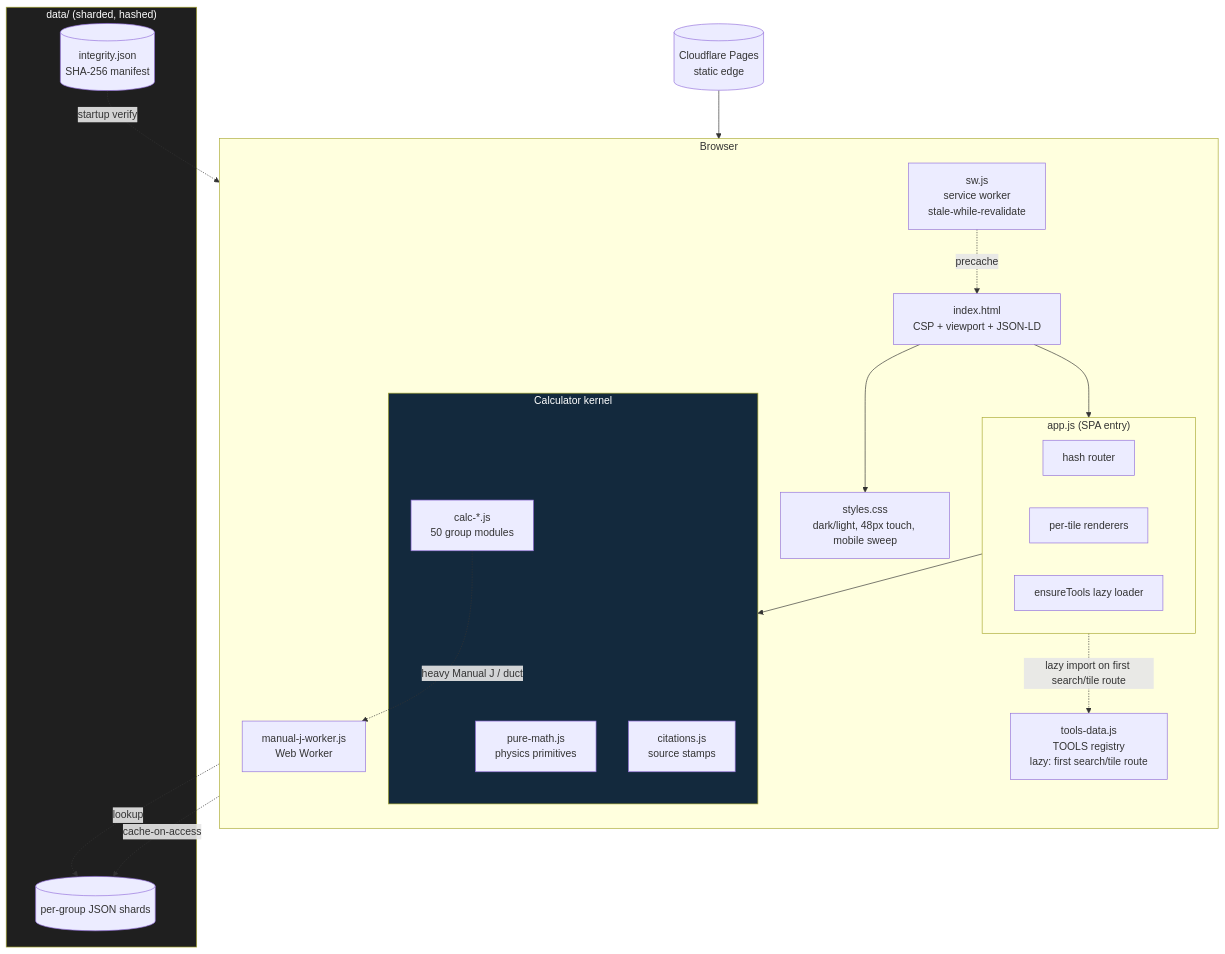
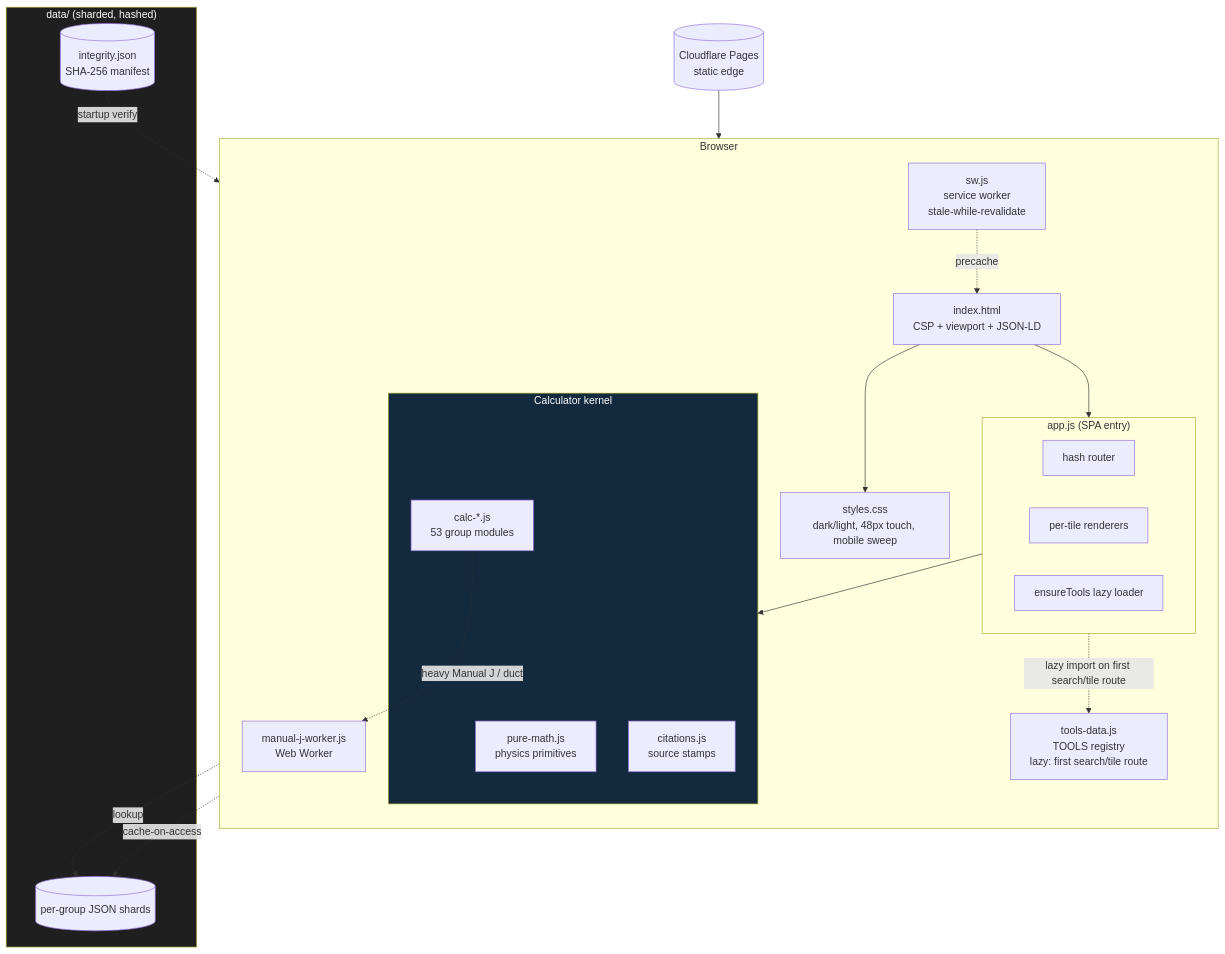
One commit to clay-good/roughlogic.com changed the second of 8 diagrams in README.md. Above: the diagram before and after it, drawn with Mermaid. The commit also changed other lines of this file and 22 other files, not shown here.

````diff
--- a/README.md
+++ b/README.md
@@ -77,39 +77,39 @@
 ```mermaid
 flowchart TB
     subgraph Browser
         direction TB
         HTML[index.html\nCSP + viewport + JSON-LD]
         CSS[styles.css\ndark/light, 48px touch, mobile sweep]
         subgraph App["app.js (SPA entry)"]
             ROUTE[hash router]
             RENDER[per-tile renderers]
             ENSURE[ensureTools lazy loader]
         end
         TOOLS[tools-data.js\nTOOLS registry\nlazy: first search/tile route]
         subgraph Calc["Calculator kernel"]
             PM[pure-math.js\nphysics primitives]
-            CALC[calc-*.js\n50 group modules]
+            CALC[calc-*.js\n53 group modules]
             CIT[citations.js\nsource stamps]
         end
         SW[sw.js\nservice worker\nstale-while-revalidate]
         WORKER[manual-j-worker.js\nWeb Worker]
     end
     subgraph Data["data/ (sharded, hashed)"]
         SHARDS[(per-group JSON shards)]
         INTEG[(integrity.json\nSHA-256 manifest)]
     end
     CDN[(Cloudflare Pages\nstatic edge)]
 
     CDN --> HTML
     HTML --> CSS
     HTML --> App
     App -.lazy import on first search/tile route.-> TOOLS
     App --> Calc
     CALC -.->|heavy Manual J / duct| WORKER
     CALC -.->|lookup| SHARDS
     SW -.precache.-> HTML
     SW -.cache-on-access.-> SHARDS
     INTEG -.startup verify.-> App
     style Calc fill:#13293d,color:#fff
     style Data fill:#1f1f1f,color:#fff
 ```
````
